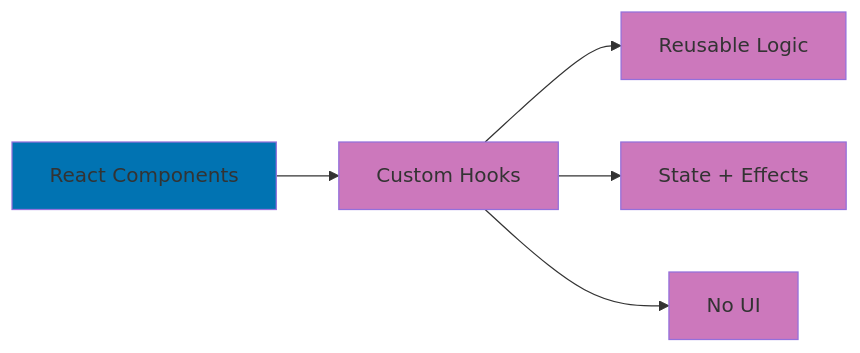
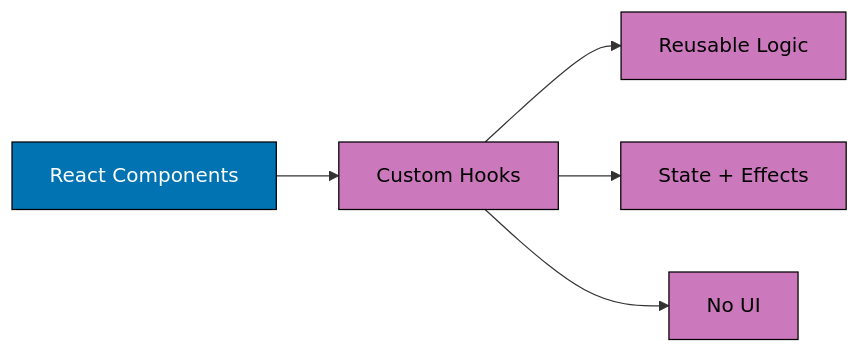
The second of 2 diagrams in docs/explanation/software-engineering/platform-web/tools/fe-react/component-architecture.md (wahidyankf/ose-public), drawn with Mermaid before and after one commit. The commit also changed other lines of this file and 57 other files, not shown here.

First line of the commit message:
docs(diagrams): make docs diagrams accessible

````diff
--- a/docs/explanation/software-engineering/platform-web/tools/fe-react/component-architecture.md
+++ b/docs/explanation/software-engineering/platform-web/tools/fe-react/component-architecture.md
@@ -76,17 +75,18 @@
 ```mermaid
 %% Color Palette: Blue #0173B2, Orange #DE8F05, Teal #029E73, Purple #CC78BC
 %% All colors are color-blind friendly and meet WCAG AA contrast standards
 
 graph LR
+    accTitle: Component Types 2
+    accDescr: React Components leads to Custom Hooks; Custom Hooks leads to Reusable Logic; Custom Hooks leads to State + Effects; Custom Hooks leads to No UI.
     A[React Components] --> D[Custom Hooks]
 
     D --> K[Reusable Logic]
     D --> L[State + Effects]
     D --> M[No UI]
 
-    style A fill:#0173B2
-    style D fill:#CC78BC
-    style K fill:#CC78BC
-    style L fill:#CC78BC
-    style M fill:#CC78BC
+    classDef blue fill:#0173B2,stroke:#000000,color:#FFFFFF
+    classDef purple fill:#CC78BC,stroke:#000000,color:#000000
+    class A blue
+    class D,K,L,M purple
 ```
````
